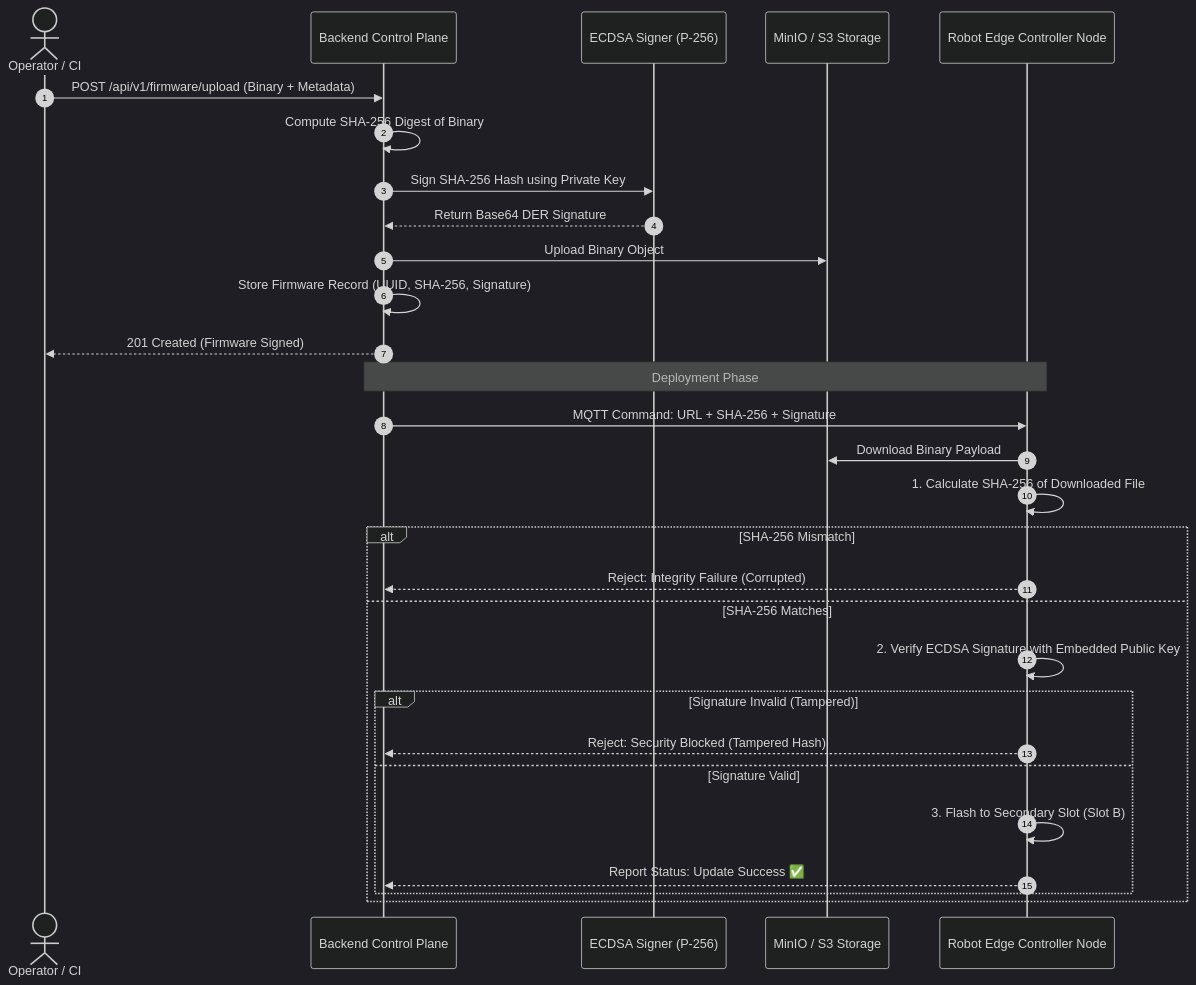
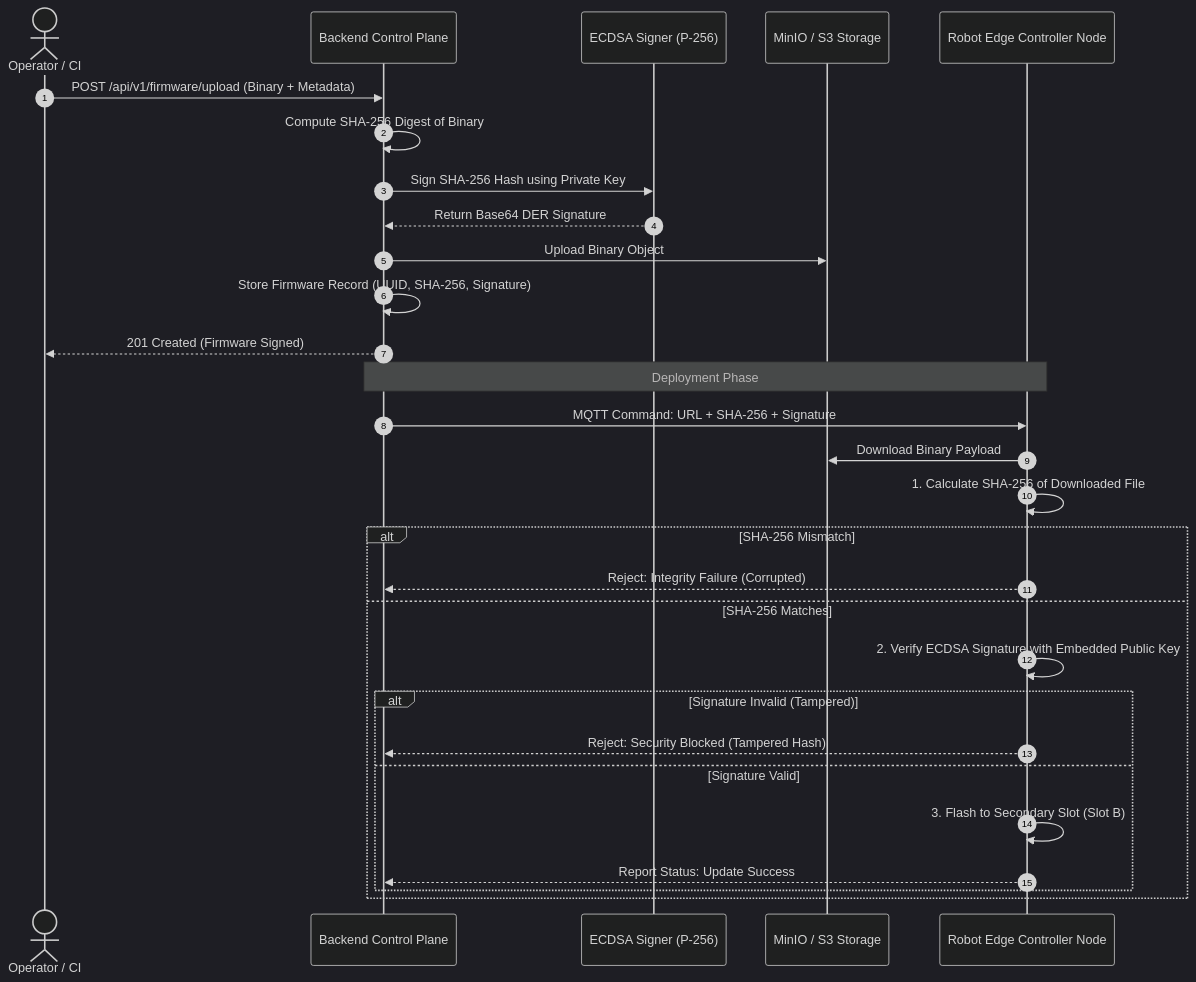
One commit to 50kthaipat/ota-robot-system changed the diagram in docs/backend/CRYPTO_AND_SECURITY.md. Above: the diagram before and after it, drawn with Mermaid (dark theme). The commit also changed other lines of this file and 15 other files, not shown here.

````diff
--- a/docs/backend/CRYPTO_AND_SECURITY.md
+++ b/docs/backend/CRYPTO_AND_SECURITY.md
@@ -26,33 +26,33 @@
 ```mermaid
 sequenceDiagram
     autonumber
     actor Admin as Operator / CI
     participant API as Backend Control Plane
     participant Vault as ECDSA Signer (P-256)
     participant S3 as MinIO / S3 Storage
     participant Robot as Robot Edge Controller Node
 
     Admin->>API: POST /api/v1/firmware/upload (Binary + Metadata)
     API->>API: Compute SHA-256 Digest of Binary
     API->>Vault: Sign SHA-256 Hash using Private Key
     Vault-->>API: Return Base64 DER Signature
     API->>S3: Upload Binary Object
     API->>API: Store Firmware Record (UUID, SHA-256, Signature)
     API-->>Admin: 201 Created (Firmware Signed)
 
     Note over API,Robot: Deployment Phase
     API->>Robot: MQTT Command: URL + SHA-256 + Signature
     Robot->>S3: Download Binary Payload
     Robot->>Robot: 1. Calculate SHA-256 of Downloaded File
     alt SHA-256 Mismatch
         Robot-->>API: Reject: Integrity Failure (Corrupted)
     else SHA-256 Matches
         Robot->>Robot: 2. Verify ECDSA Signature with Embedded Public Key
         alt Signature Invalid (Tampered)
             Robot-->>API: Reject: Security Blocked (Tampered Hash)
         else Signature Valid
             Robot->>Robot: 3. Flash to Secondary Slot (Slot B)
-            Robot-->>API: Report Status: Update Success ✅
+            Robot-->>API: Report Status: Update Success
         end
     end
 ```
````
